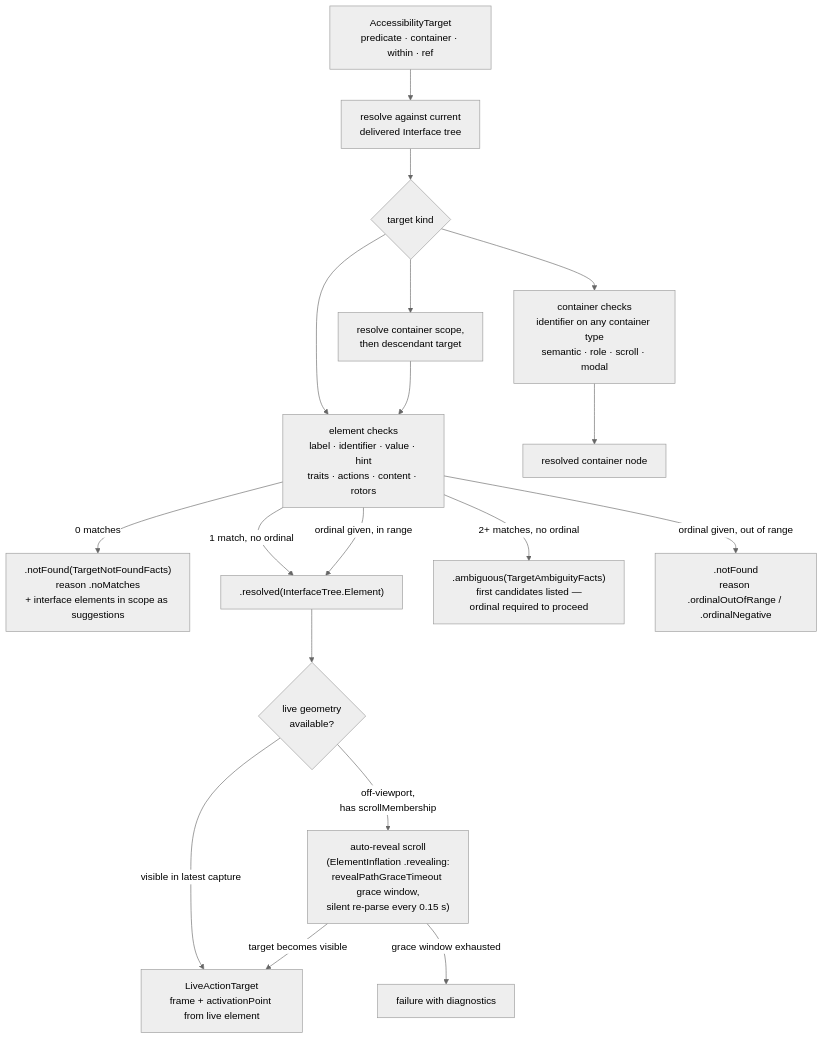
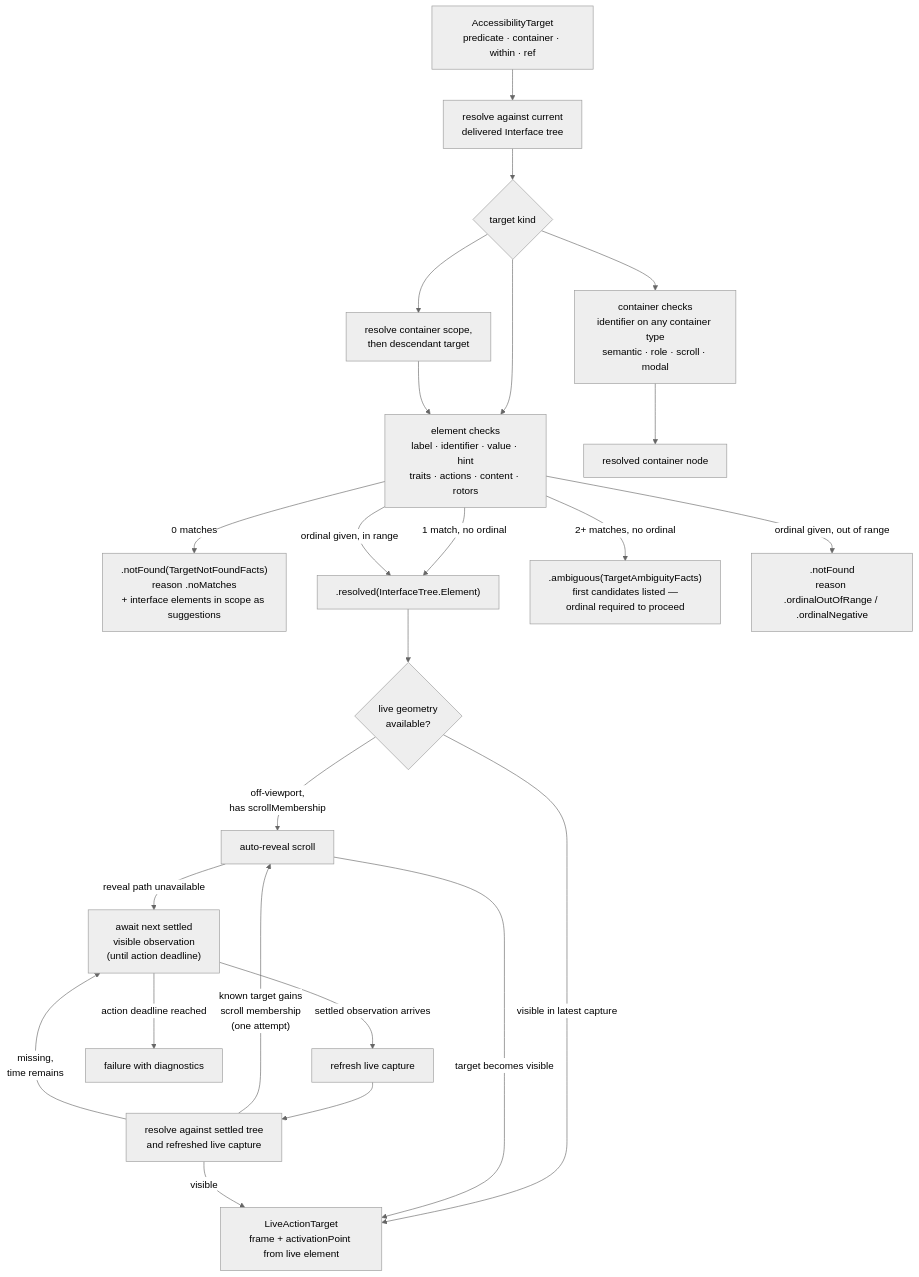
One commit to RoyalPineapple/TheButtonHeist changed the diagram in docs/diagrams/element-inflation.md. Above: the diagram before and after it, drawn with Mermaid (neutral theme). The commit also changed other lines of this file and 1 other file, not shown here.

Commit message:
Document settled reveal retries and guard stale shapes

````diff
--- a/docs/diagrams/element-inflation.md
+++ b/docs/diagrams/element-inflation.md
@@ -10,22 +10,28 @@
 ```mermaid
 flowchart TD
     TARGET["AccessibilityTarget<br/>predicate · container · within · ref"] --> SCOPE["resolve against current<br/>delivered Interface tree"]
     SCOPE --> KIND{"target kind"}
     KIND --> MATCH["element checks<br/>label · identifier · value · hint<br/>traits · actions · content · rotors"]
     KIND --> CMATCH["container checks<br/>identifier on any container type<br/>semantic · role · scroll · modal"]
     KIND --> WITHIN["resolve container scope,<br/>then descendant target"]
     CMATCH --> RESOLVEDNODE["resolved container node"]
     WITHIN --> MATCH
 
     MATCH -- "0 matches" --> NOTFOUND[".notFound(TargetNotFoundFacts)<br/>reason .noMatches<br/>+ interface elements in scope as suggestions"]
     MATCH -- "1 match, no ordinal" --> RESOLVED[".resolved(InterfaceTree.Element)"]
     MATCH -- "2+ matches, no ordinal" --> AMBIG[".ambiguous(TargetAmbiguityFacts)<br/>first candidates listed —<br/>ordinal required to proceed"]
     MATCH -- "ordinal given, in range" --> RESOLVED
     MATCH -- "ordinal given, out of range" --> NOTFOUND2[".notFound<br/>reason .ordinalOutOfRange / .ordinalNegative"]
 
     RESOLVED --> LIVE{"live geometry<br/>available?"}
     LIVE -- "visible in latest capture" --> ACT["LiveActionTarget<br/>frame + activationPoint from live element"]
-    LIVE -- "off-viewport,<br/>has scrollMembership" --> REVEAL["auto-reveal scroll<br/>(ElementInflation .revealing:<br/>revealPathGraceTimeout grace window,<br/>silent re-parse every 0.15 s)"]
+    LIVE -- "off-viewport,<br/>has scrollMembership" --> REVEAL["auto-reveal scroll"]
     REVEAL -- "target becomes visible" --> ACT
-    REVEAL -- "grace window exhausted" --> MISS["failure with diagnostics"]
+    REVEAL -- "reveal path unavailable" --> WAIT["await next settled<br/>visible observation<br/>(until action deadline)"]
+    WAIT -- "settled observation arrives" --> REFRESH["refresh live capture"]
+    REFRESH --> RETRY["resolve against settled tree<br/>and refreshed live capture"]
+    RETRY -- "visible" --> ACT
+    RETRY -- "known target gains<br/>scroll membership<br/>(one attempt)" --> REVEAL
+    RETRY -- "missing,<br/>time remains" --> WAIT
+    WAIT -- "action deadline reached" --> MISS["failure with diagnostics"]
 ```
````
